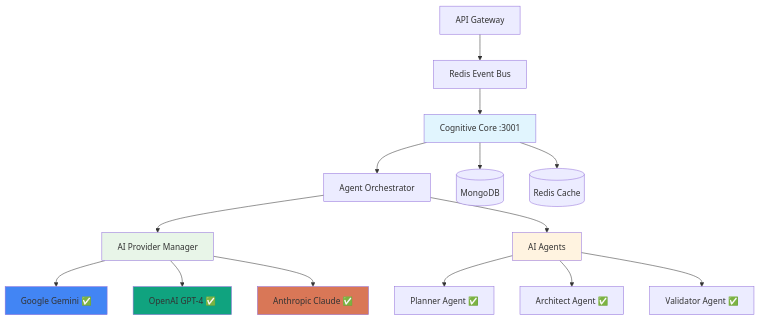
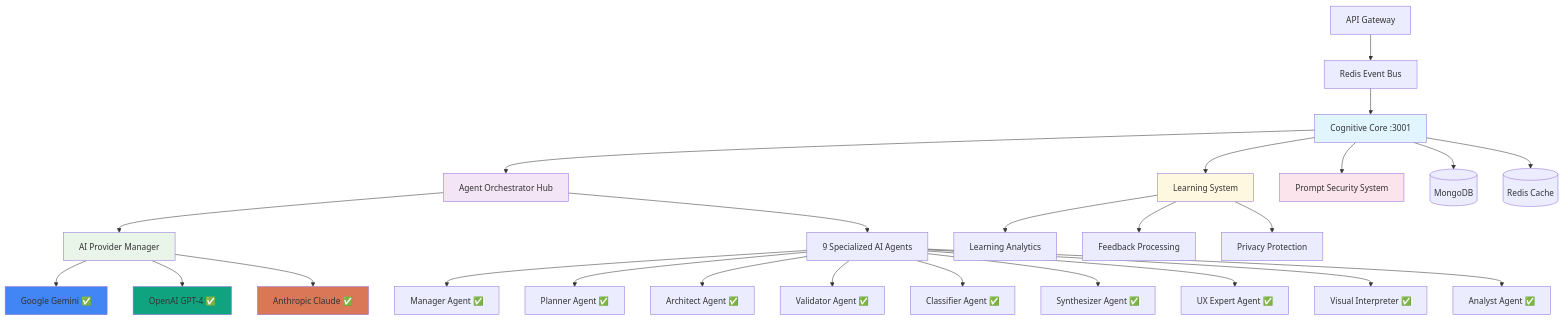
One commit to mannomannX/ux_generator_backend_Prod changed the diagram in services/cognitive-core/README.md. Above: the diagram before and after it, drawn with Mermaid. The commit also changed other lines of this file and 22 other files, not shown here.

````diff
--- a/services/cognitive-core/README.md
+++ b/services/cognitive-core/README.md
@@ -18,27 +15,41 @@
 ```mermaid
 graph TB
     Gateway[API Gateway] --> EventBus[Redis Event Bus]
     EventBus --> Core[Cognitive Core :3001]
     
-    Core --> Orchestrator[Agent Orchestrator]
-    Orchestrator --> Providers[AI Provider Manager]
+    Core --> Learning[Learning System]
+    Core --> Orchestrator[Agent Orchestrator Hub]
+    Core --> Security[Prompt Security System]
     
-    Providers --> Gemini[Google Gemini ✅]
-    Providers --> OpenAI[OpenAI GPT-4 ✅]  
-    Providers --> Claude[Anthropic Claude ✅]
+    Orchestrator --> AIManager[AI Provider Manager]
+    AIManager --> Gemini[Google Gemini ✅]
+    AIManager --> OpenAI[OpenAI GPT-4 ✅]  
+    AIManager --> Claude[Anthropic Claude ✅]
     
-    Orchestrator --> Agents[AI Agents]
+    Orchestrator --> Agents[9 Specialized AI Agents]
+    Agents --> Manager[Manager Agent ✅]
     Agents --> Planner[Planner Agent ✅]
     Agents --> Architect[Architect Agent ✅]
     Agents --> Validator[Validator Agent ✅]
+    Agents --> Classifier[Classifier Agent ✅]
+    Agents --> Synthesizer[Synthesizer Agent ✅]
+    Agents --> UXExpert[UX Expert Agent ✅]
+    Agents --> Visual[Visual Interpreter ✅]
+    Agents --> Analyst[Analyst Agent ✅]
     
     Core --> MongoDB[(MongoDB)]
     Core --> Redis[(Redis Cache)]
     
+    Learning --> Analytics[Learning Analytics]
+    Learning --> Feedback[Feedback Processing]
+    Learning --> Privacy[Privacy Protection]
+    
     style Core fill:#e1f5fe
-    style Providers fill:#e8f5e8
-    style Agents fill:#fff3e0
+    style Orchestrator fill:#f3e5f5
+    style AIManager fill:#e8f5e8
+    style Learning fill:#fff8e1
+    style Security fill:#fce4ec
     style Gemini fill:#4285f4
     style OpenAI fill:#10a37f
     style Claude fill:#d97757
 ```
````
